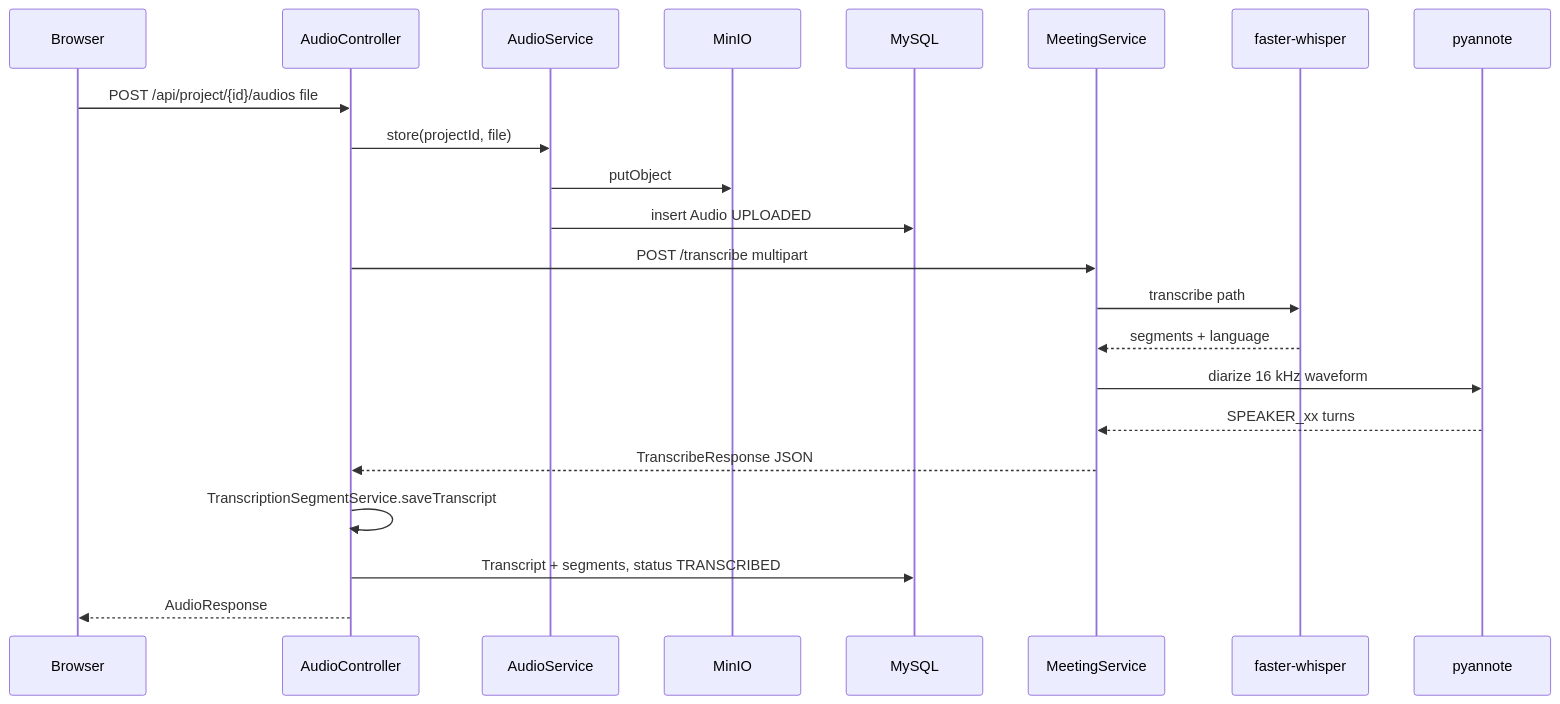
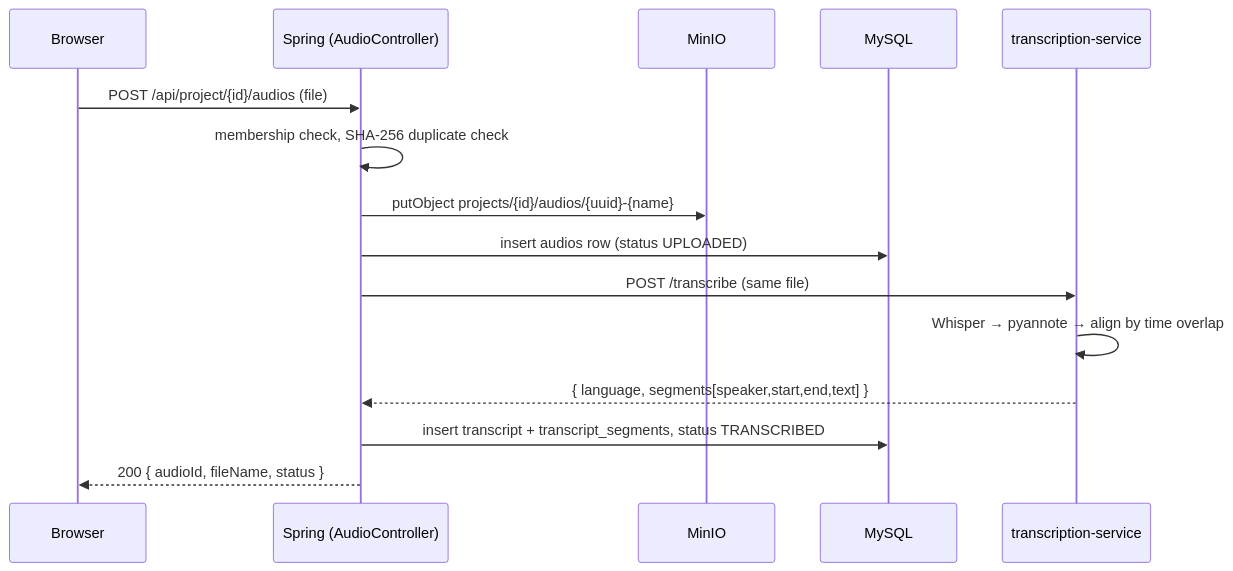
One commit to pratyuxxhh/capture-the-moment changed the second of 2 diagrams in README.md. Above: the diagram before and after it, drawn with Mermaid. The commit also changed other lines of this file and 79 other files, not shown here.

````diff
--- a/README.md
+++ b/README.md
@@ -1161,25 +86,17 @@
 ```mermaid
 sequenceDiagram
-  participant U as Browser
-  participant S as AudioController
-  participant A as AudioService
-  participant M as MinIO
-  participant D as MySQL
-  participant P as MeetingService
-  participant W as faster-whisper
-  participant Y as pyannote
-
-  U->>S: POST /api/project/{id}/audios file
-  S->>A: store(projectId, file)
-  A->>M: putObject
-  A->>D: insert Audio UPLOADED
-  S->>P: POST /transcribe multipart
-  P->>W: transcribe path
-  W-->>P: segments + language
-  P->>Y: diarize 16 kHz waveform
-  Y-->>P: SPEAKER_xx turns
-  P-->>S: TranscribeResponse JSON
-  S->>S: TranscriptionSegmentService.saveTranscript
-  S->>D: Transcript + segments, status TRANSCRIBED
-  S-->>U: AudioResponse
+    participant B as Browser
+    participant S as Spring (AudioController)
+    participant M as MinIO
+    participant D as MySQL
+    participant P as transcription-service
+    B->>S: POST /api/project/{id}/audios (file)
+    S->>S: membership check, SHA-256 duplicate check
+    S->>M: putObject projects/{id}/audios/{uuid}-{name}
+    S->>D: insert audios row (status UPLOADED)
+    S->>P: POST /transcribe (same file)
+    P->>P: Whisper → pyannote → align by time overlap
+    P-->>S: { language, segments[speaker,start,end,text] }
+    S->>D: insert transcript + transcript_segments, status TRANSCRIBED
+    S-->>B: 200 { audioId, fileName, status }
 ```
````
